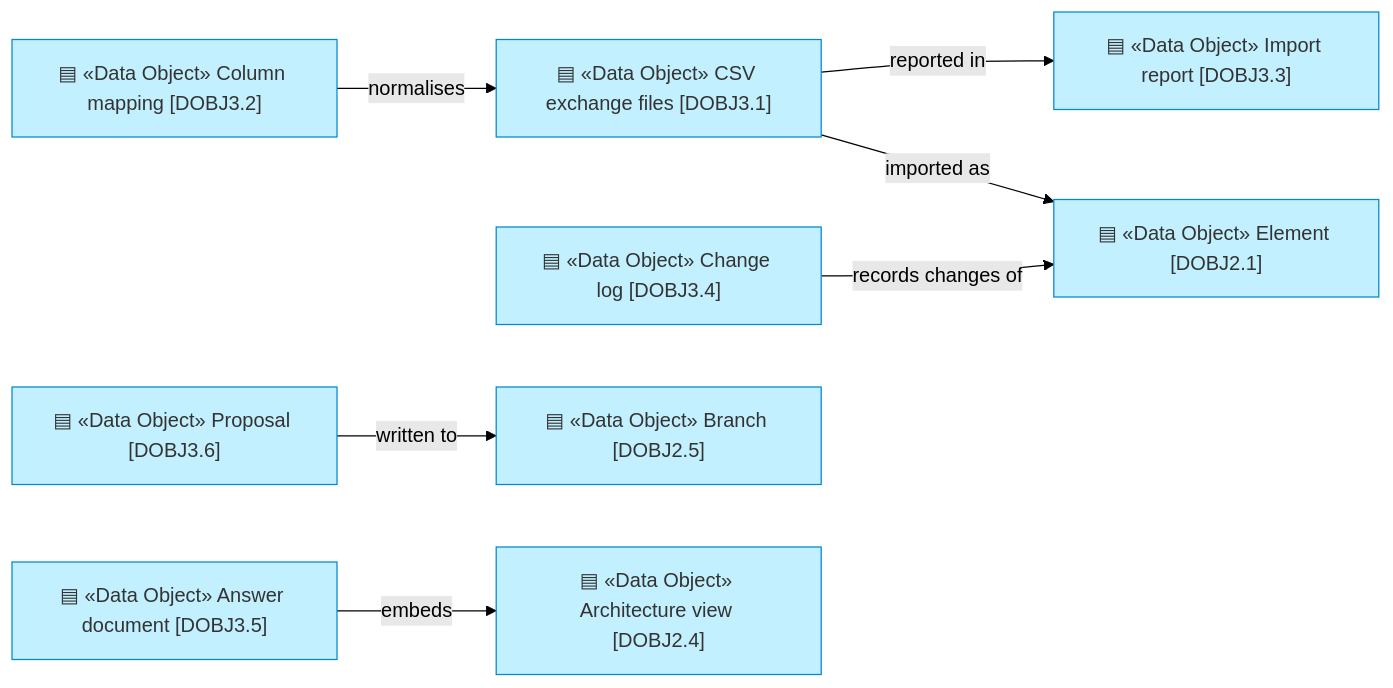
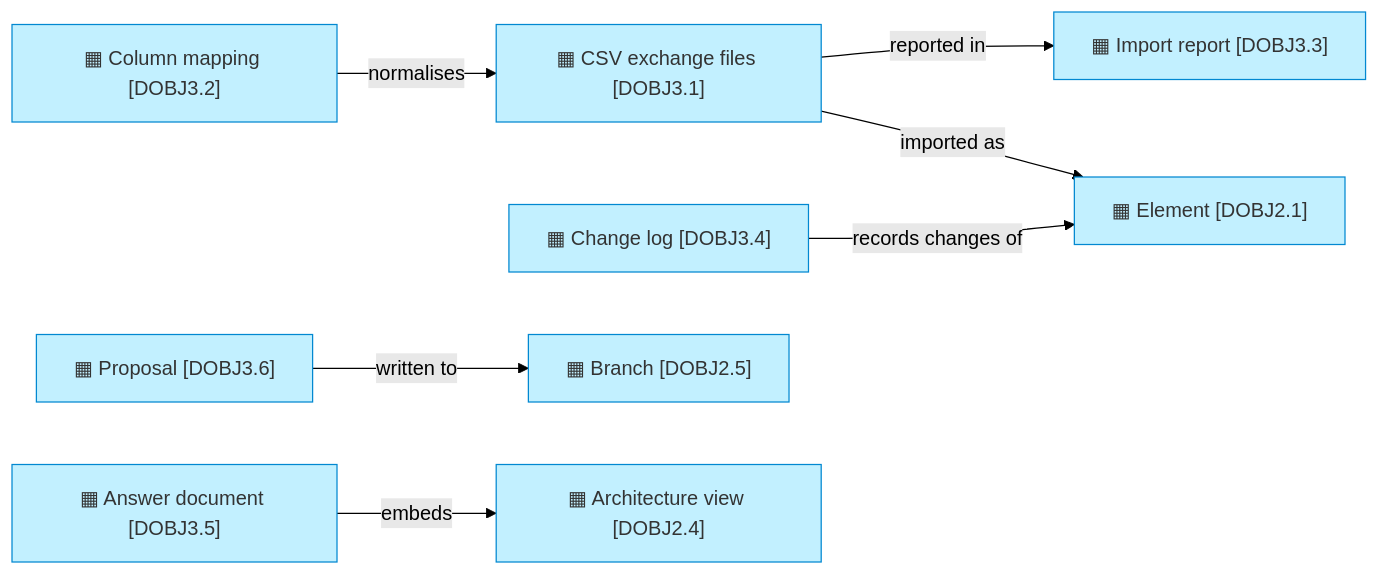
Before and after one commit to bocanegratqut/dbx-enterprise-architecture: the fourth of 4 diagrams in architecture/3_information/1_data-objects.md, drawn with Mermaid (forest theme). The commit also changed other lines of this file and 25 other files, not shown here.

````diff
--- a/architecture/3_information/1_data-objects.md
+++ b/architecture/3_information/1_data-objects.md
@@ -58,20 +97,20 @@
 ```mermaid
 flowchart LR
-  csv["▤ «Data Object» CSV exchange files [DOBJ3.1]"]:::application
-  map["▤ «Data Object» Column mapping [DOBJ3.2]"]:::application
-  rep["▤ «Data Object» Import report [DOBJ3.3]"]:::application
-  log["▤ «Data Object» Change log [DOBJ3.4]"]:::application
-  ans["▤ «Data Object» Answer document [DOBJ3.5]"]:::application
-  prop["▤ «Data Object» Proposal [DOBJ3.6]"]:::application
-  el["▤ «Data Object» Element [DOBJ2.1]"]:::application
-  br["▤ «Data Object» Branch [DOBJ2.5]"]:::application
-  view["▤ «Data Object» Architecture view [DOBJ2.4]"]:::application
+  csv["▦ CSV exchange files [DOBJ3.1]"]:::application
+  map["▦ Column mapping [DOBJ3.2]"]:::application
+  rep["▦ Import report [DOBJ3.3]"]:::application
+  log["▦ Change log [DOBJ3.4]"]:::application
+  ans["▦ Answer document [DOBJ3.5]"]:::application
+  prop["▦ Proposal [DOBJ3.6]"]:::application
+  el["▦ Element [DOBJ2.1]"]:::application
+  br["▦ Branch [DOBJ2.5]"]:::application
+  view["▦ Architecture view [DOBJ2.4]"]:::application
   map -->|normalises| csv
   csv -->|imported as| el
   csv -->|reported in| rep
   log -->|records changes of| el
   ans -->|embeds| view
   prop -->|written to| br
 
   classDef application fill:#c2f0ff,stroke:#0288d1,color:#333
 ```
````
